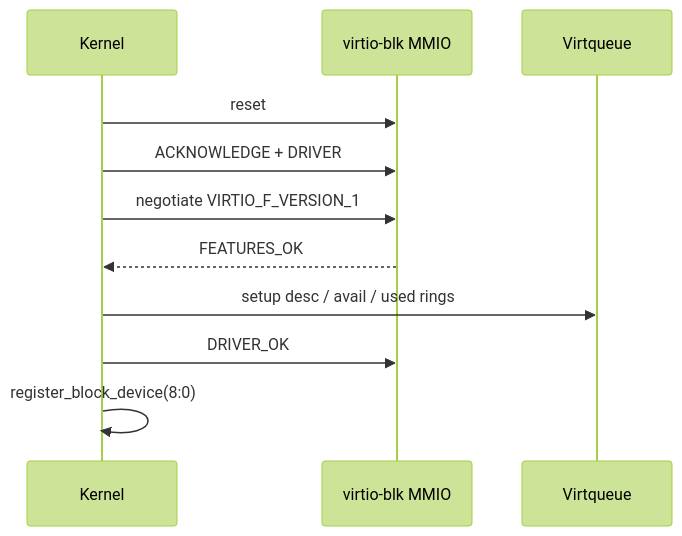
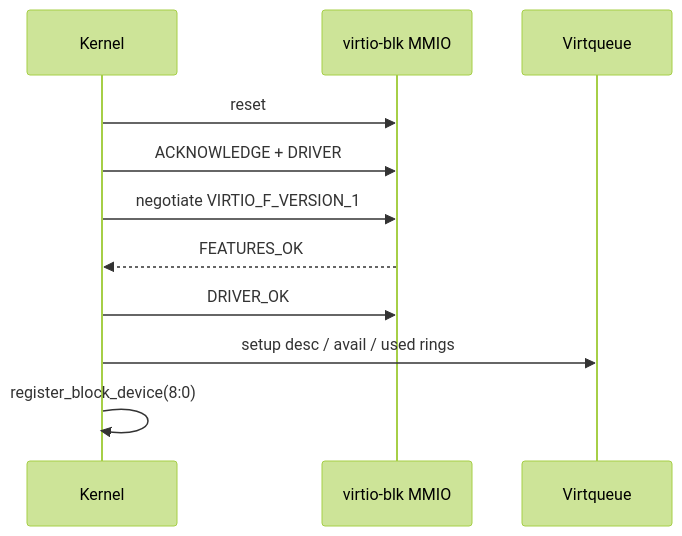
One commit to pillow-zx/CuteOS changed the third of 3 diagrams in docs/architecture/block.md. Above: the diagram before and after it, drawn with Mermaid (forest theme). The commit also changed other lines of this file and 19 other files, not shown here.

````diff
--- a/docs/architecture/block.md
+++ b/docs/architecture/block.md
@@ -239,14 +242,14 @@
 ```mermaid
 sequenceDiagram
     participant K as Kernel
     participant V as virtio-blk MMIO
     participant Q as Virtqueue
 
     K->>V: reset
     K->>V: ACKNOWLEDGE + DRIVER
     K->>V: negotiate VIRTIO_F_VERSION_1
     V-->>K: FEATURES_OK
+    K->>V: DRIVER_OK
     K->>Q: setup desc / avail / used rings
-    K->>V: DRIVER_OK
     K->>K: register_block_device(8:0)
 ```
````
